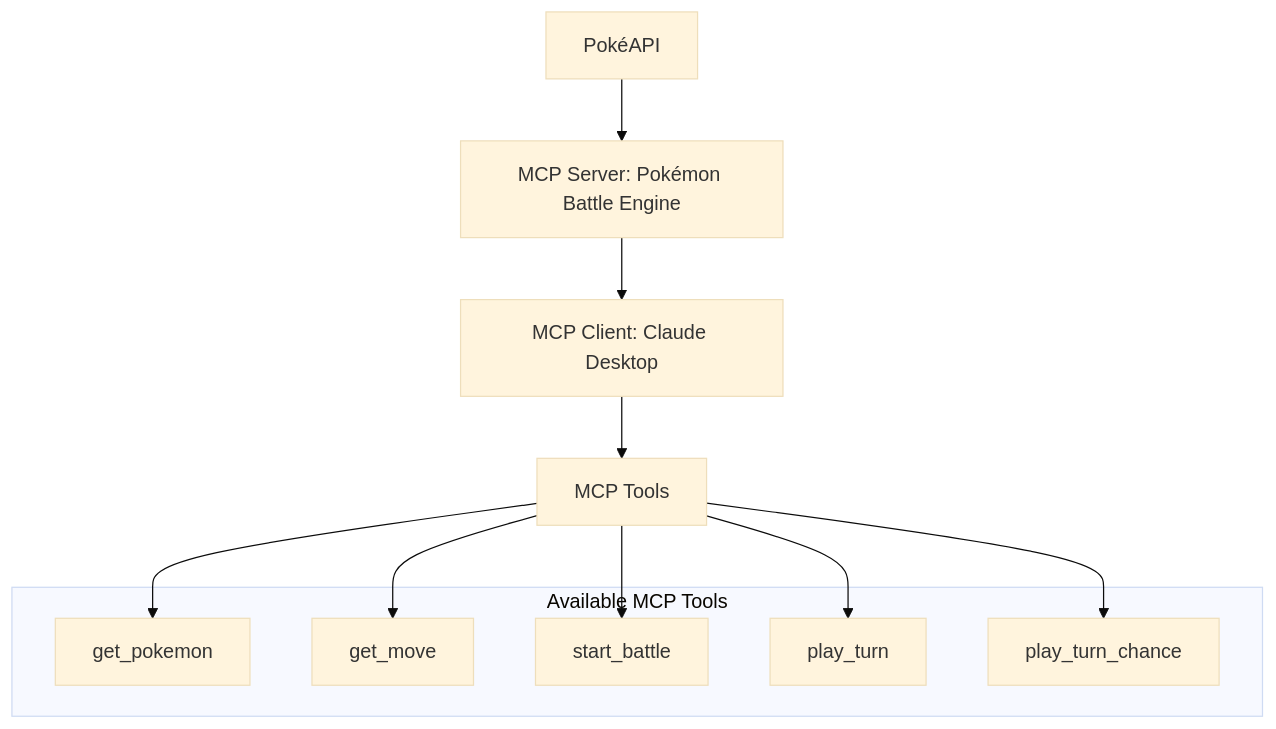
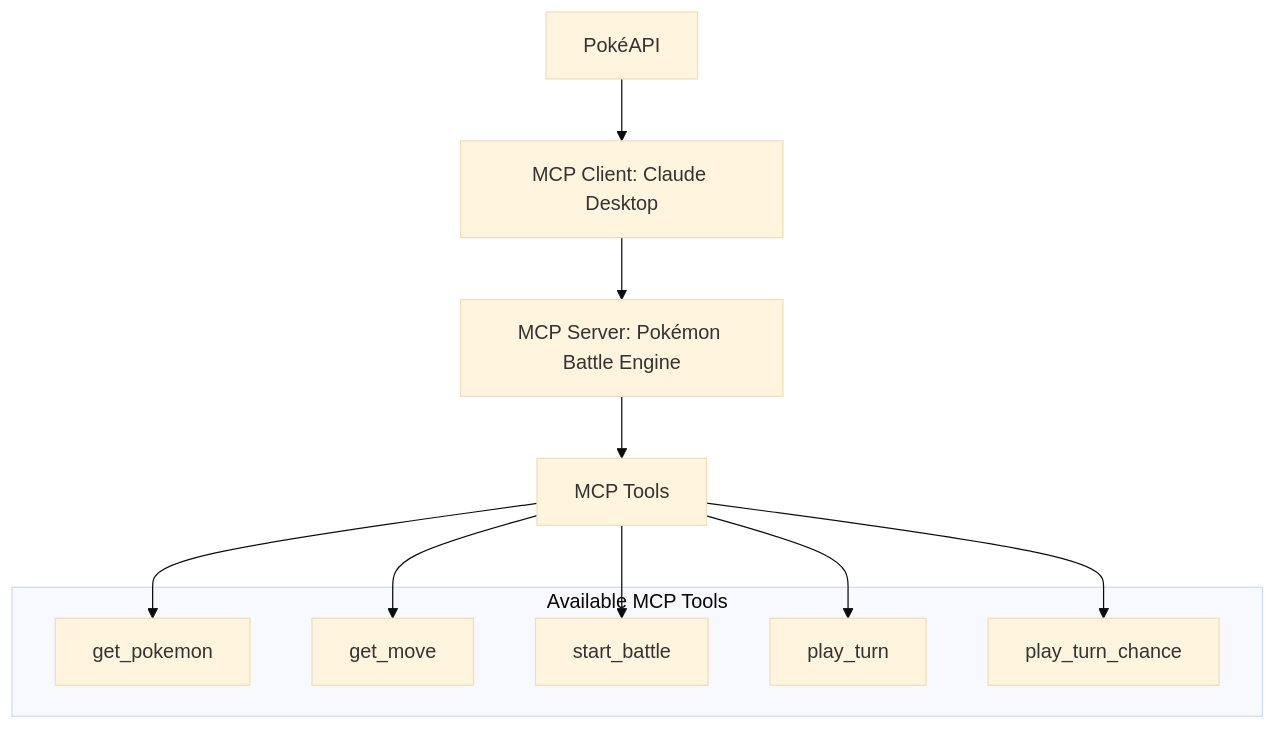
Before and after one commit to Athlon07/Pokemon-mcp-server: the diagram in README.md, drawn with Mermaid (base theme).

````diff
--- a/README.md
+++ b/README.md
@@ -11,21 +11,21 @@
 ```mermaid
 flowchart TD
-    A[PokéAPI] --> B["MCP Server: Pokémon Battle Engine"]
-    B --> C["MCP Client: Claude Desktop"]
+    A[PokéAPI] --> B["MCP Client: Claude Desktop"]
+    B --> C["MCP Server: Pokémon Battle Engine"]
     C --> D[MCP Tools]
 
     subgraph Tools [Available MCP Tools]
         D1[get_pokemon]
         D2[get_move]
         D3[start_battle]
         D4[play_turn]
         D5[play_turn_chance]
     end
 
     D --> D1
     D --> D2
     D --> D3
     D --> D4
     D --> D5
 
 ```
````
